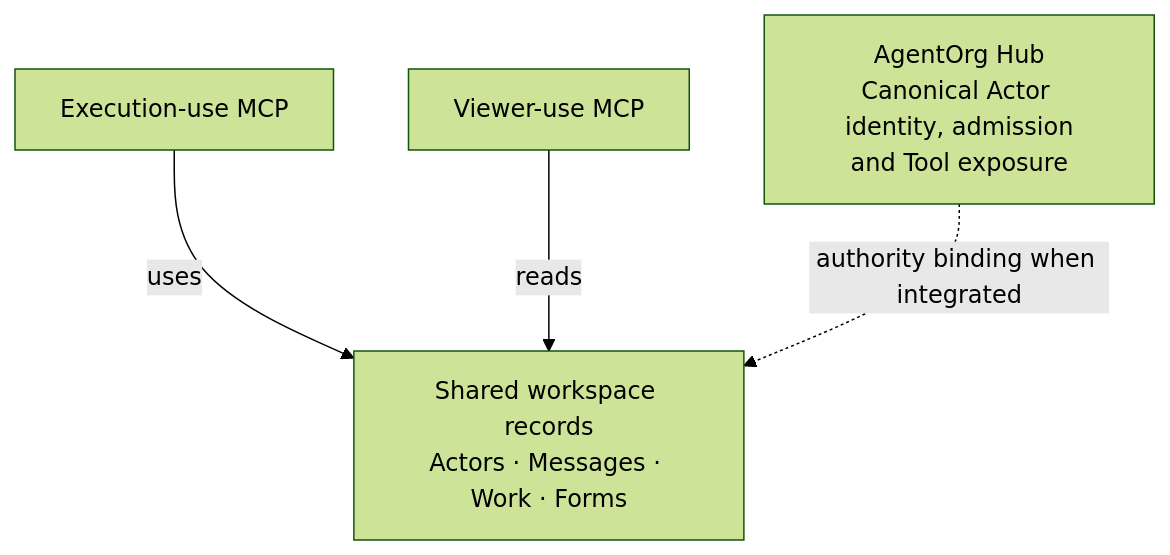
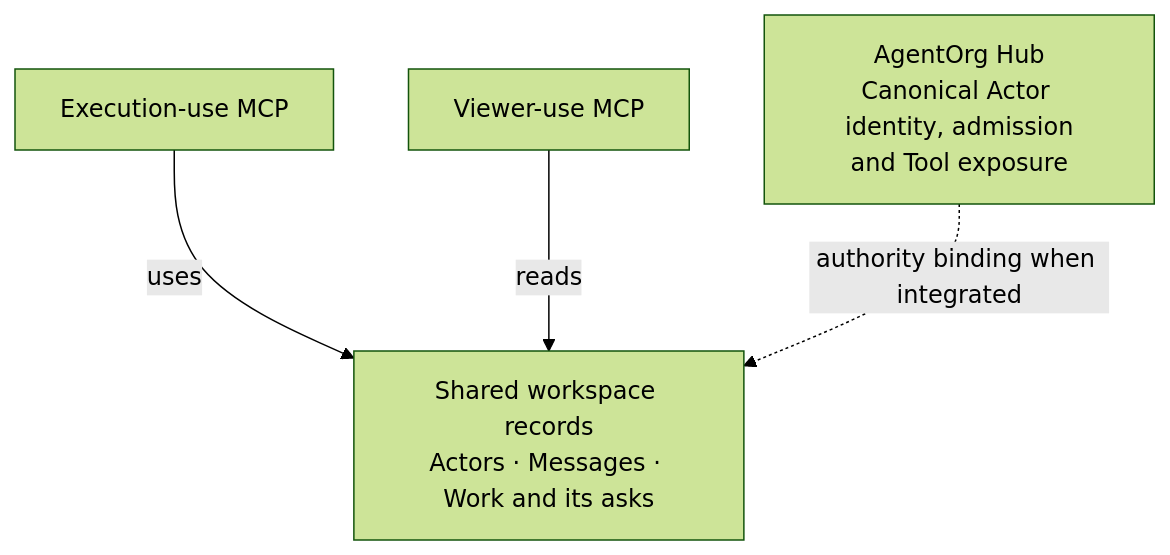
The second of 2 diagrams in docs/design.md (uniac-ai/AgenticWorkspace), drawn with Mermaid (forest theme) before and after one commit. The commit also changed other lines of this file and 21 other files, not shown here.

````diff
--- a/docs/design.md
+++ b/docs/design.md
@@ -23,6 +20,6 @@
 ```mermaid
 flowchart TB
-    E["Execution-use MCP"] -->|"uses"| D["Shared workspace records<br/>Actors · Messages · Work · Forms"]
+    E["Execution-use MCP"] -->|"uses"| D["Shared workspace records<br/>Actors · Messages · Work and its asks"]
     V["Viewer-use MCP"] -->|"reads"| D
     H["AgentOrg Hub<br/>Canonical Actor identity, admission<br/>and Tool exposure"] -.->|"authority binding when integrated"| D
 ```
````
